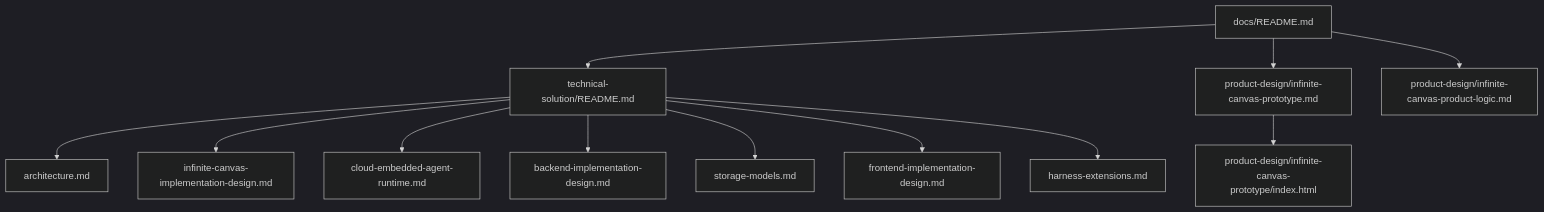
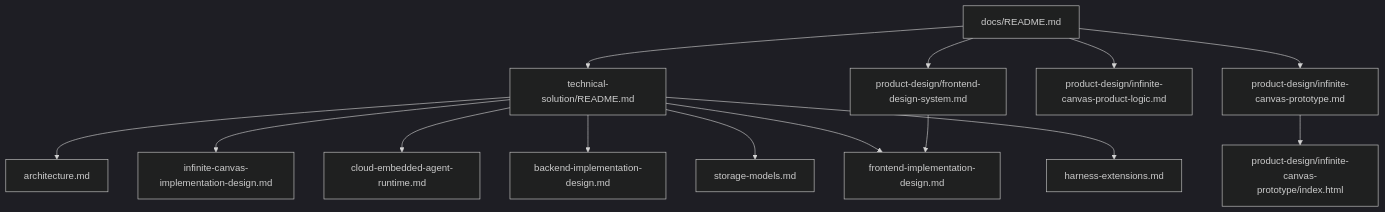
The diagram in docs/README.md (fengwk/kk-studio), drawn with Mermaid (dark theme) before and after one commit. The commit also changed other lines of this file and 3 other files, not shown here.

First line of the commit message:
docs: add frontend design system specification

````diff
--- a/docs/README.md
+++ b/docs/README.md
@@ -7,15 +7,17 @@
 ```mermaid
 flowchart TD
     A[docs/README.md]
     A --> B[technical-solution/README.md]
     A --> I[product-design/infinite-canvas-prototype.md]
     A --> K[product-design/infinite-canvas-product-logic.md]
+    A --> M[product-design/frontend-design-system.md]
     I --> J[product-design/infinite-canvas-prototype/index.html]
     B --> C[architecture.md]
     B --> L[infinite-canvas-implementation-design.md]
     B --> D[cloud-embedded-agent-runtime.md]
     B --> E[backend-implementation-design.md]
     B --> F[storage-models.md]
     B --> G[frontend-implementation-design.md]
     B --> H[harness-extensions.md]
+    M --> G
 ```
````
